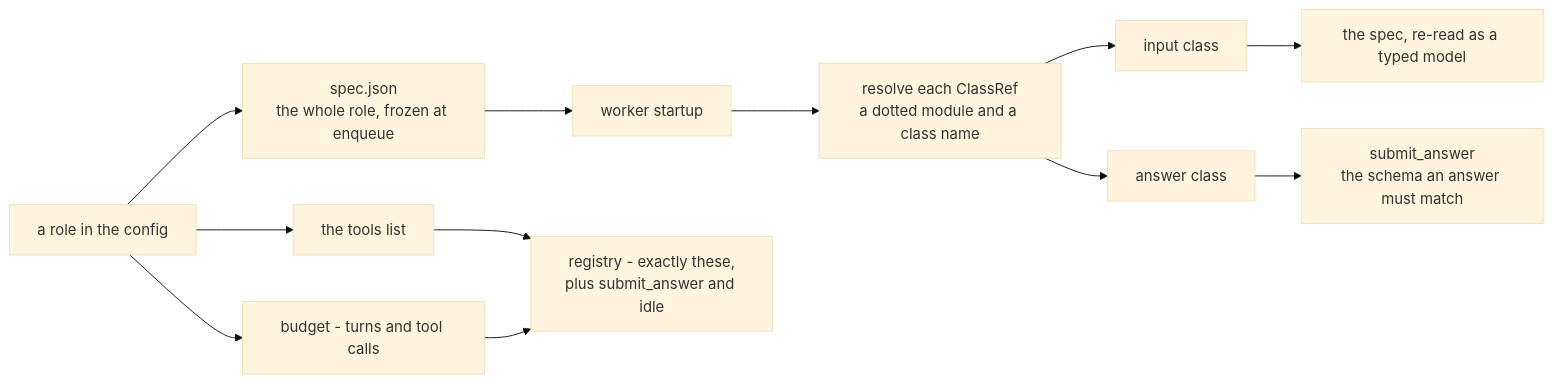
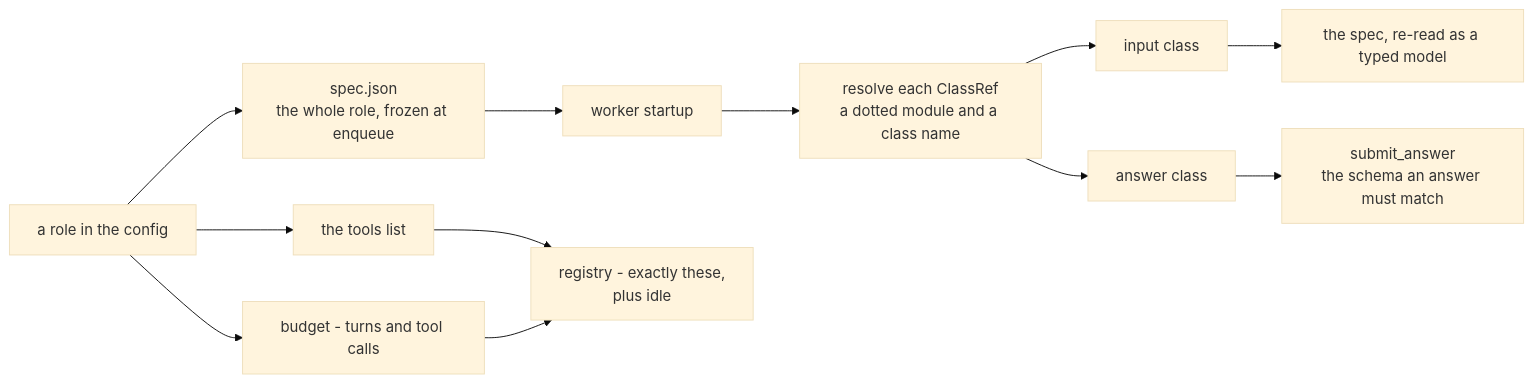
Before and after one commit to avishek-sen-gupta/ancalagon: the third of 8 diagrams in README.md, drawn with Mermaid (base theme). The commit also changed other lines of this file and 11 other files, not shown here.

````diff
--- a/README.md
+++ b/README.md
@@ -114,14 +114,14 @@
 ```mermaid
 flowchart LR
     role["a role in the config"] --> spec["spec.json<br/>the whole role, frozen at enqueue"]
     spec --> worker["worker startup"]
     worker --> resolve["resolve each ClassRef<br/>a dotted module and a class name"]
     resolve --> inc["input class"]
     resolve --> outc["answer class"]
     inc --> agentspec["the spec, re-read as a typed model"]
     outc --> submit["submit_answer<br/>the schema an answer must match"]
     role --> tl["the tools list"]
-    tl --> registry["registry - exactly these,<br/>plus submit_answer and idle"]
+    tl --> registry["registry - exactly these,<br/>plus idle"]
     role --> b["budget - turns and tool calls"]
     b --> registry
 ```
````
